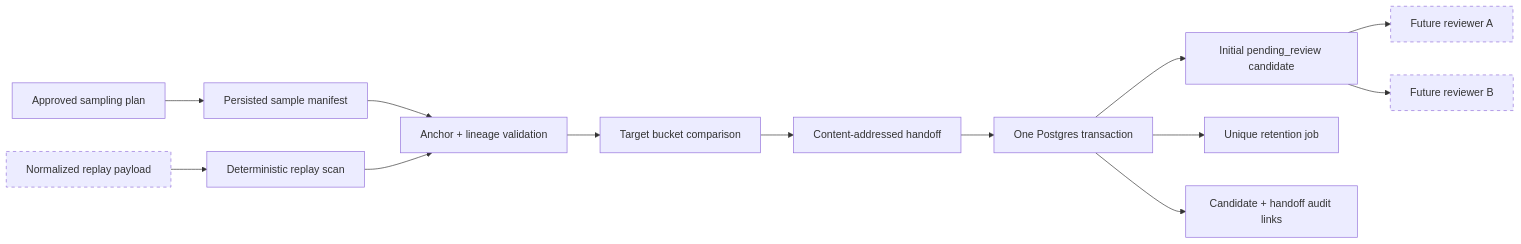
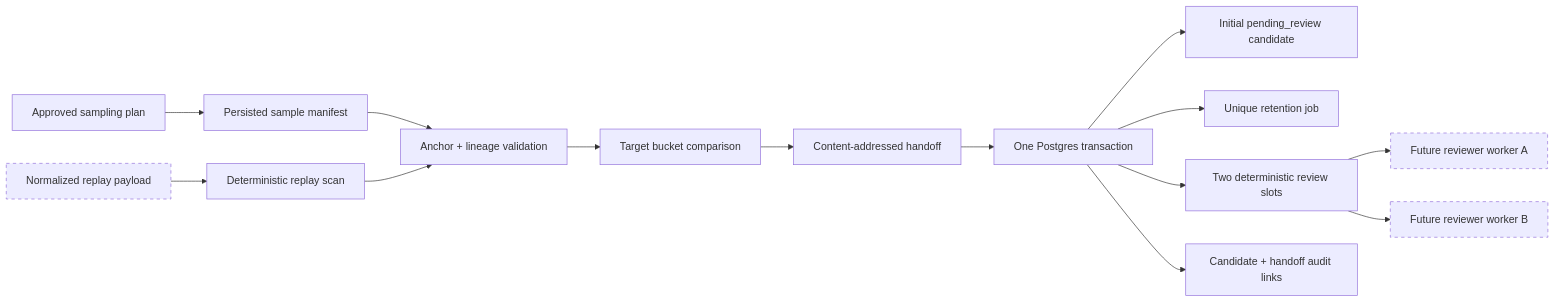
Before and after one commit to spencer17x/xxyy-ask: the diagram in docs/evm-chain-analysis-sampling-handoff.md, drawn with Mermaid. The commit also changed other lines of this file and 25 other files, not shown here.

````diff
--- a/docs/evm-chain-analysis-sampling-handoff.md
+++ b/docs/evm-chain-analysis-sampling-handoff.md
@@ -17,19 +17,20 @@
 ```mermaid
 flowchart LR
   Plan["Approved sampling plan"] --> Manifest["Persisted sample manifest"]
   Payload["Normalized replay payload"] --> Rescan["Deterministic replay scan"]
   Manifest --> Validate["Anchor + lineage validation"]
   Rescan --> Validate
   Validate --> Compare["Target bucket comparison"]
   Compare --> Handoff["Content-addressed handoff"]
   Handoff --> Tx["One Postgres transaction"]
   Tx --> Candidate["Initial pending_review candidate"]
   Tx --> Retention["Unique retention job"]
+  Tx --> ReviewSlots["Two deterministic review slots"]
   Tx --> Audit["Candidate + handoff audit links"]
-  Candidate --> ReviewA["Future reviewer A"]
-  Candidate --> ReviewB["Future reviewer B"]
+  ReviewSlots --> ReviewA["Future reviewer worker A"]
+  ReviewSlots --> ReviewB["Future reviewer worker B"]
 
   style Payload stroke-dasharray: 5 5
   style ReviewA stroke-dasharray: 5 5
   style ReviewB stroke-dasharray: 5 5
 ```
````
